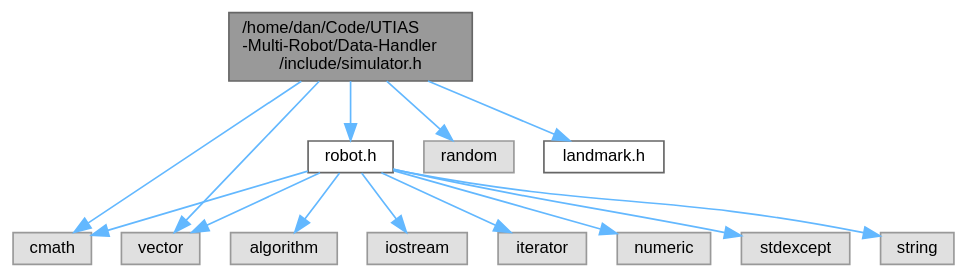
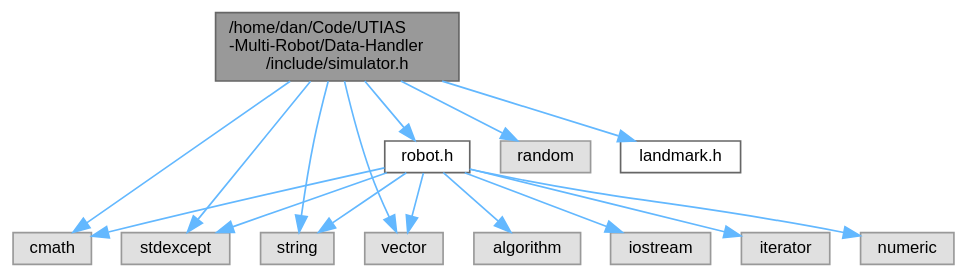
Before and after one commit to DanielIngham/Cooperative-Positioning-Data-Handler: the diagram in docs/simulator_8h__incl.dot, drawn with Graphviz. The commit also changed 37 other files, not shown here.

```diff
--- a/docs/simulator_8h__incl.dot
+++ b/docs/simulator_8h__incl.dot
@@ -1,32 +1,34 @@
 digraph "/home/dan/Code/UTIAS-Multi-Robot/Data-Handler/include/simulator.h"
 {
  // LATEX_PDF_SIZE
   bgcolor="transparent";
   edge [fontname=Helvetica,fontsize=10,labelfontname=Helvetica,labelfontsize=10];
   node [fontname=Helvetica,fontsize=10,shape=box,height=0.2,width=0.4];
   Node1 [id="Node000001",label="/home/dan/Code/UTIAS\l-Multi-Robot/Data-Handler\l/include/simulator.h",height=0.2,width=0.4,color="gray40", fillcolor="grey60", style="filled", fontcolor="black",tooltip="Header file of the Simulator class,."];
   Node1 -> Node2 [id="edge1_Node000001_Node000002",color="steelblue1",style="solid",tooltip=" "];
   Node2 [id="Node000002",label="cmath",height=0.2,width=0.4,color="grey60", fillcolor="#E0E0E0", style="filled",tooltip=" "];
   Node1 -> Node3 [id="edge2_Node000001_Node000003",color="steelblue1",style="solid",tooltip=" "];
   Node3 [id="Node000003",label="random",height=0.2,width=0.4,color="grey60", fillcolor="#E0E0E0", style="filled",tooltip=" "];
   Node1 -> Node4 [id="edge3_Node000001_Node000004",color="steelblue1",style="solid",tooltip=" "];
-  Node4 [id="Node000004",label="vector",height=0.2,width=0.4,color="grey60", fillcolor="#E0E0E0", style="filled",tooltip=" "];
+  Node4 [id="Node000004",label="stdexcept",height=0.2,width=0.4,color="grey60", fillcolor="#E0E0E0", style="filled",tooltip=" "];
   Node1 -> Node5 [id="edge4_Node000001_Node000005",color="steelblue1",style="solid",tooltip=" "];
-  Node5 [id="Node000005",label="landmark.h",height=0.2,width=0.4,color="grey40", fillcolor="white", style="filled",URL="$landmark_8h.html",tooltip="Header file of the Landmark struct."];
+  Node5 [id="Node000005",label="string",height=0.2,width=0.4,color="grey60", fillcolor="#E0E0E0", style="filled",tooltip=" "];
   Node1 -> Node6 [id="edge5_Node000001_Node000006",color="steelblue1",style="solid",tooltip=" "];
-  Node6 [id="Node000006",label="robot.h",height=0.2,width=0.4,color="grey40", fillcolor="white", style="filled",URL="$robot_8h.html",tooltip="Header file of the Robot class."];
-  Node6 -> Node7 [id="edge6_Node000006_Node000007",color="steelblue1",style="solid",tooltip=" "];
-  Node7 [id="Node000007",label="algorithm",height=0.2,width=0.4,color="grey60", fillcolor="#E0E0E0", style="filled",tooltip=" "];
-  Node6 -> Node2 [id="edge7_Node000006_Node000002",color="steelblue1",style="solid",tooltip=" "];
-  Node6 -> Node8 [id="edge8_Node000006_Node000008",color="steelblue1",style="solid",tooltip=" "];
-  Node8 [id="Node000008",label="iostream",height=0.2,width=0.4,color="grey60", fillcolor="#E0E0E0", style="filled",tooltip=" "];
-  Node6 -> Node9 [id="edge9_Node000006_Node000009",color="steelblue1",style="solid",tooltip=" "];
-  Node9 [id="Node000009",label="iterator",height=0.2,width=0.4,color="grey60", fillcolor="#E0E0E0", style="filled",tooltip=" "];
-  Node6 -> Node10 [id="edge10_Node000006_Node000010",color="steelblue1",style="solid",tooltip=" "];
-  Node10 [id="Node000010",label="numeric",height=0.2,width=0.4,color="grey60", fillcolor="#E0E0E0", style="filled",tooltip=" "];
-  Node6 -> Node11 [id="edge11_Node000006_Node000011",color="steelblue1",style="solid",tooltip=" "];
-  Node11 [id="Node000011",label="stdexcept",height=0.2,width=0.4,color="grey60", fillcolor="#E0E0E0", style="filled",tooltip=" "];
-  Node6 -> Node12 [id="edge12_Node000006_Node000012",color="steelblue1",style="solid",tooltip=" "];
-  Node12 [id="Node000012",label="string",height=0.2,width=0.4,color="grey60", fillcolor="#E0E0E0", style="filled",tooltip=" "];
-  Node6 -> Node4 [id="edge13_Node000006_Node000004",color="steelblue1",style="solid",tooltip=" "];
+  Node6 [id="Node000006",label="vector",height=0.2,width=0.4,color="grey60", fillcolor="#E0E0E0", style="filled",tooltip=" "];
+  Node1 -> Node7 [id="edge6_Node000001_Node000007",color="steelblue1",style="solid",tooltip=" "];
+  Node7 [id="Node000007",label="landmark.h",height=0.2,width=0.4,color="grey40", fillcolor="white", style="filled",URL="$landmark_8h.html",tooltip="Header file of the Landmark struct."];
+  Node1 -> Node8 [id="edge7_Node000001_Node000008",color="steelblue1",style="solid",tooltip=" "];
+  Node8 [id="Node000008",label="robot.h",height=0.2,width=0.4,color="grey40", fillcolor="white", style="filled",URL="$robot_8h.html",tooltip="Header file of the Robot class."];
+  Node8 -> Node9 [id="edge8_Node000008_Node000009",color="steelblue1",style="solid",tooltip=" "];
+  Node9 [id="Node000009",label="algorithm",height=0.2,width=0.4,color="grey60", fillcolor="#E0E0E0", style="filled",tooltip=" "];
+  Node8 -> Node2 [id="edge9_Node000008_Node000002",color="steelblue1",style="solid",tooltip=" "];
+  Node8 -> Node10 [id="edge10_Node000008_Node000010",color="steelblue1",style="solid",tooltip=" "];
+  Node10 [id="Node000010",label="iostream",height=0.2,width=0.4,color="grey60", fillcolor="#E0E0E0", style="filled",tooltip=" "];
+  Node8 -> Node11 [id="edge11_Node000008_Node000011",color="steelblue1",style="solid",tooltip=" "];
+  Node11 [id="Node000011",label="iterator",height=0.2,width=0.4,color="grey60", fillcolor="#E0E0E0", style="filled",tooltip=" "];
+  Node8 -> Node12 [id="edge12_Node000008_Node000012",color="steelblue1",style="solid",tooltip=" "];
+  Node12 [id="Node000012",label="numeric",height=0.2,width=0.4,color="grey60", fillcolor="#E0E0E0", style="filled",tooltip=" "];
+  Node8 -> Node4 [id="edge13_Node000008_Node000004",color="steelblue1",style="solid",tooltip=" "];
+  Node8 -> Node5 [id="edge14_Node000008_Node000005",color="steelblue1",style="solid",tooltip=" "];
+  Node8 -> Node6 [id="edge15_Node000008_Node000006",color="steelblue1",style="solid",tooltip=" "];
 }
```
